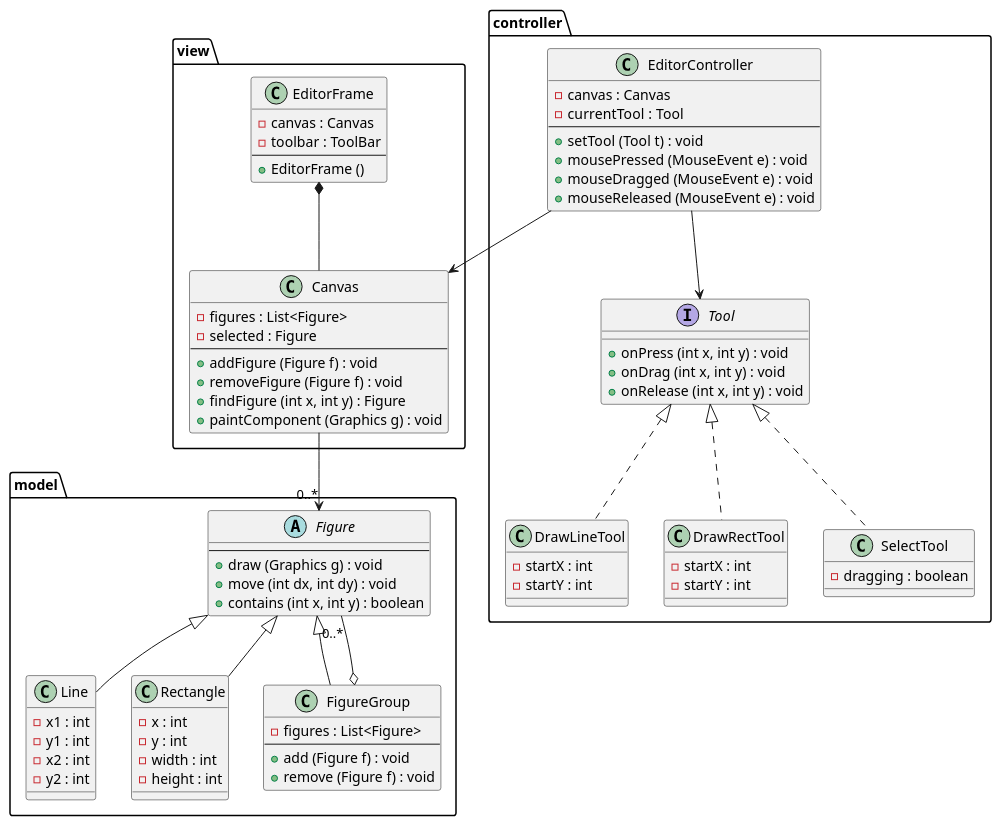
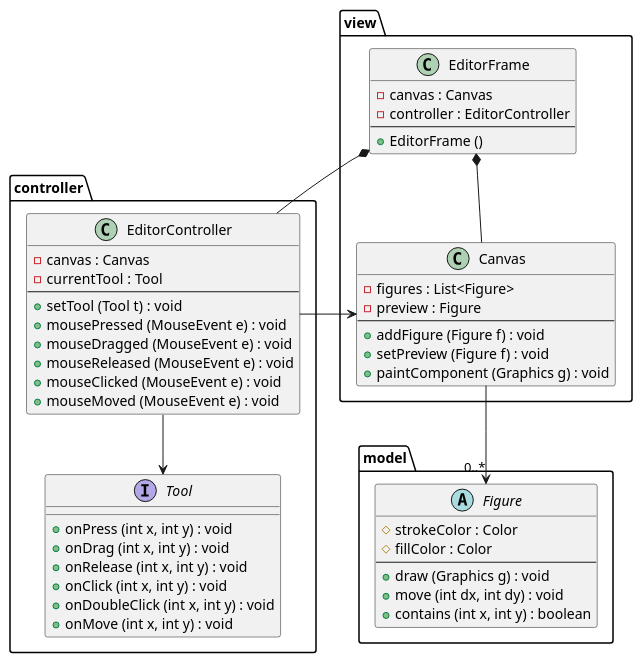
One commit to cpcp-lab/sdd-figure-editor changed the first of 3 diagrams in docs/static-structure.md. Above: the diagram before and after it, drawn with PlantUML. The commit also changed other lines of this file and 24 other files, not shown here.

````diff
--- a/docs/static-structure.md
+++ b/docs/static-structure.md
@@ -7,56 +10,20 @@
 ```plantuml
-@startuml static-structure
-
-package model {
-    abstract class Figure {
-        --
-        + draw (Graphics g) : void
-        + move (int dx, int dy) : void
-        + contains (int x, int y) : boolean
-    }
-
-    class Line {
-        - x1 : int
-        - y1 : int
-        - x2 : int
-        - y2 : int
-    }
-
-    class Rectangle {
-        - x : int
-        - y : int
-        - width : int
-        - height : int
-    }
-
-    class FigureGroup {
-        - figures : List<Figure>
-        --
-        + add (Figure f) : void
-        + remove (Figure f) : void
-    }
-
-    Figure <|-- Line
-    Figure <|-- Rectangle
-    Figure <|-- FigureGroup
-    FigureGroup o-- "0..*" Figure
-}
+@startuml static-structure-overview
 
 package view {
     class EditorFrame {
         - canvas : Canvas
-        - toolbar : ToolBar
+        - controller : EditorController
         --
         + EditorFrame ()
     }
 
     class Canvas {
         - figures : List<Figure>
-        - selected : Figure
+        - preview : Figure
         --
         + addFigure (Figure f) : void
-        + removeFigure (Figure f) : void
-        + findFigure (int x, int y) : Figure
+        + setPreview (Figure f) : void
         + paintComponent (Graphics g) : void
     }
 }
@@ -70,34 +37,34 @@
         + mousePressed (MouseEvent e) : void
         + mouseDragged (MouseEvent e) : void
         + mouseReleased (MouseEvent e) : void
+        + mouseClicked (MouseEvent e) : void
+        + mouseMoved (MouseEvent e) : void
     }
 
     interface Tool {
         + onPress (int x, int y) : void
         + onDrag (int x, int y) : void
         + onRelease (int x, int y) : void
+        + onClick (int x, int y) : void
+        + onDoubleClick (int x, int y) : void
+        + onMove (int x, int y) : void
+    }
+}
+
+package model {
+    abstract class Figure {
+        # strokeColor : Color
+        # fillColor : Color
+        --
+        + draw (Graphics g) : void
+        + move (int dx, int dy) : void
+        + contains (int x, int y) : boolean
     }
 
-    class DrawLineTool {
-        - startX : int
-        - startY : int
-    }
-
-    class DrawRectTool {
-        - startX : int
-        - startY : int
-    }
-
-    class SelectTool {
-        - dragging : boolean
-    }
-
-    Tool <|.. DrawLineTool
-    Tool <|.. DrawRectTool
-    Tool <|.. SelectTool
 }
 
 EditorFrame *-- Canvas
+EditorFrame *-- EditorController
 EditorController --> Canvas
 EditorController --> Tool
 Canvas --> "0..*" Figure
````
